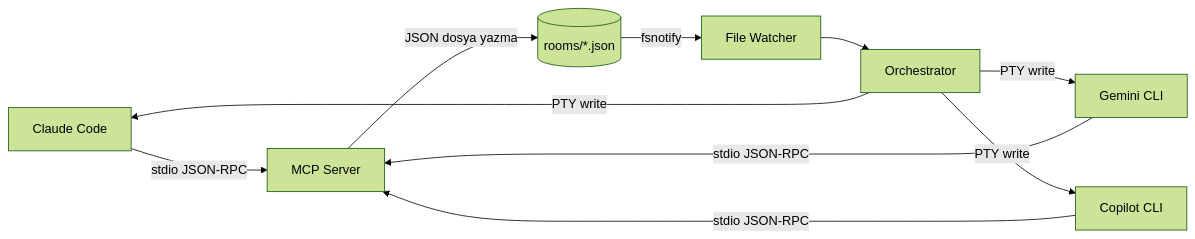
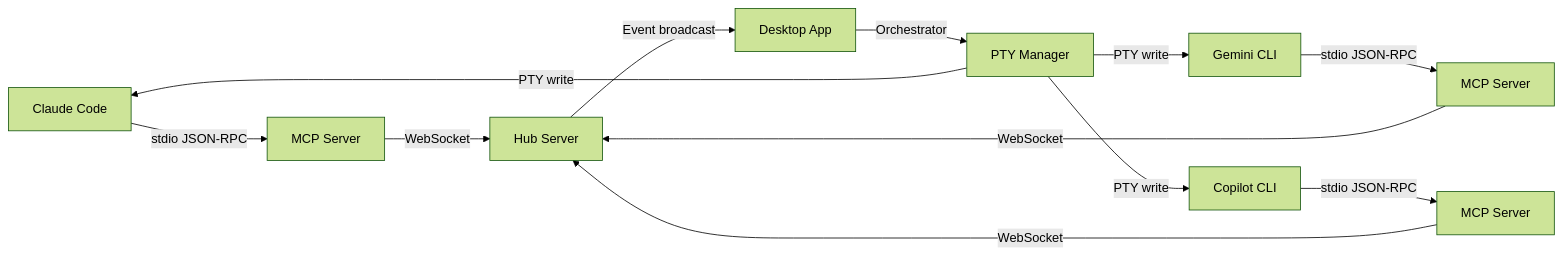
The diagram in README.md (mytsx/agent-chat), drawn with Mermaid (forest theme) before and after one commit. The commit also changed other lines of this file, not shown here.

First line of the commit message:
docs: update README to reflect WebSocket hub architecture

````diff
--- a/README.md
+++ b/README.md
@@ -36,12 +37,14 @@
 ```mermaid
 graph LR
-    A[Claude Code] -->|stdio JSON-RPC| M[MCP Server]
-    B[Gemini CLI] -->|stdio JSON-RPC| M
-    C[Copilot CLI] -->|stdio JSON-RPC| M
-    M -->|JSON dosya yazma| D[(rooms/*.json)]
-    D -->|fsnotify| W[File Watcher]
-    W --> O[Orchestrator]
+    A[Claude Code] -->|stdio JSON-RPC| M1[MCP Server]
+    B[Gemini CLI] -->|stdio JSON-RPC| M2[MCP Server]
+    C[Copilot CLI] -->|stdio JSON-RPC| M3[MCP Server]
+    M1 -->|WebSocket| H[Hub Server]
+    M2 -->|WebSocket| H
+    M3 -->|WebSocket| H
+    H -->|Event broadcast| D[Desktop App]
+    D -->|Orchestrator| O[PTY Manager]
     O -->|PTY write| A
     O -->|PTY write| B
     O -->|PTY write| C
 ```
````
